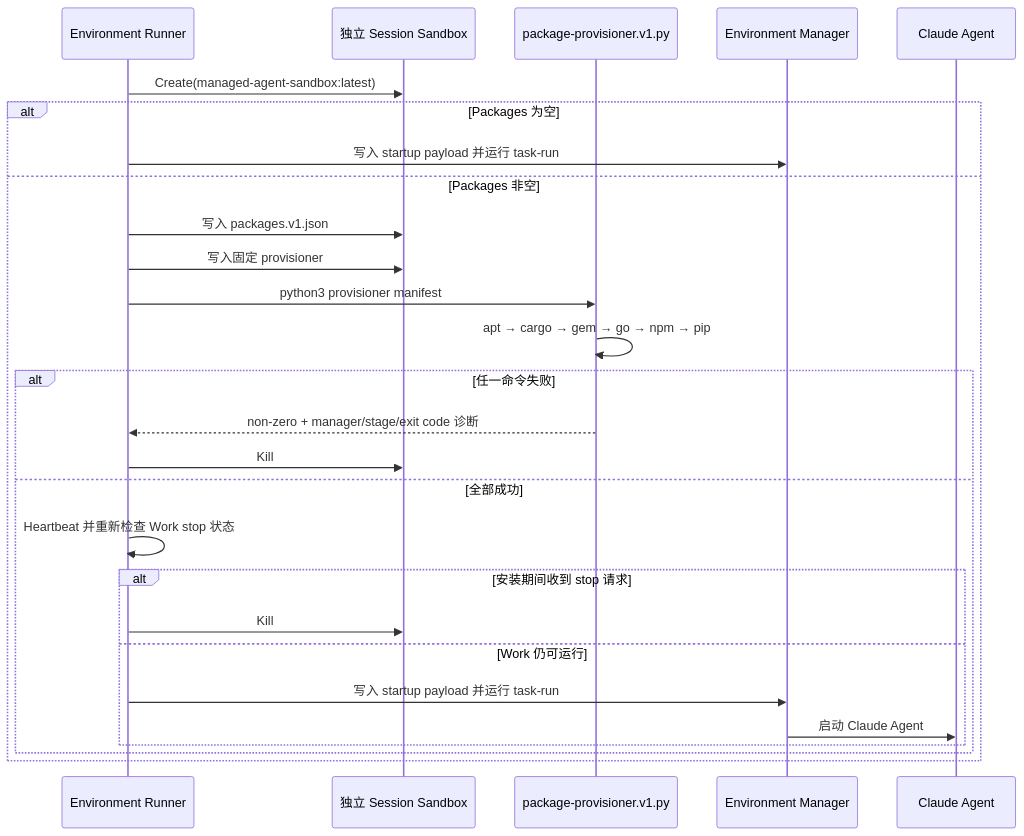
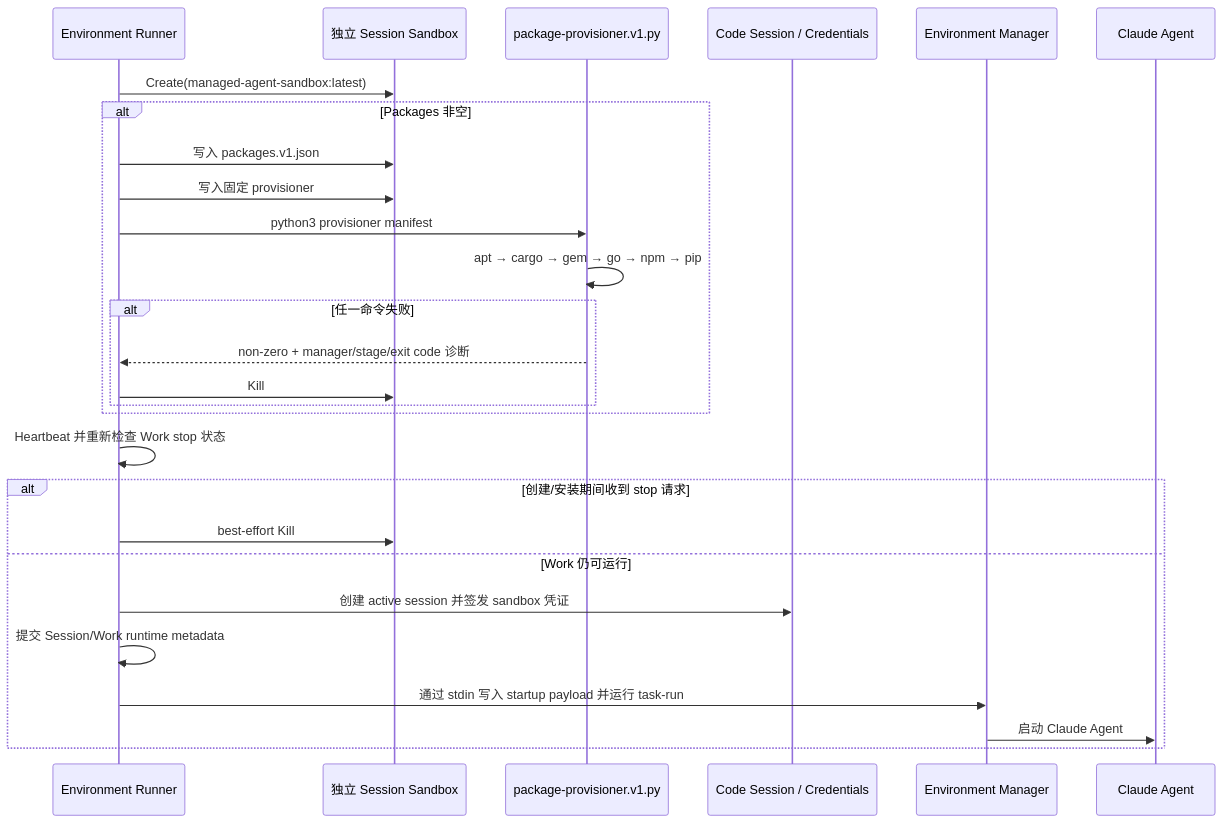
The diagram in docs/design/be/environment-package-provisioning.md (superduck-ai/open-managed-agents), drawn with Mermaid before and after one commit. The commit also changed other lines of this file and 8 other files, not shown here.

````diff
--- a/docs/design/be/environment-package-provisioning.md
+++ b/docs/design/be/environment-package-provisioning.md
@@ -17,30 +17,30 @@
 ```mermaid
 sequenceDiagram
     participant Runner as Environment Runner
     participant E2B as 独立 Session Sandbox
     participant Provisioner as package-provisioner.v1.py
+    participant CodeSession as Code Session / Credentials
     participant Manager as Environment Manager
     participant Agent as Claude Agent
 
     Runner->>E2B: Create(managed-agent-sandbox:latest)
-    alt Packages 为空
-        Runner->>Manager: 写入 startup payload 并运行 task-run
-    else Packages 非空
+    alt Packages 非空
         Runner->>E2B: 写入 packages.v1.json
         Runner->>E2B: 写入固定 provisioner
         Runner->>Provisioner: python3 provisioner manifest
         Provisioner->>Provisioner: apt → cargo → gem → go → npm → pip
         alt 任一命令失败
             Provisioner-->>Runner: non-zero + manager/stage/exit code 诊断
             Runner->>E2B: Kill
-        else 全部成功
-            Runner->>Runner: Heartbeat 并重新检查 Work stop 状态
-            alt 安装期间收到 stop 请求
-                Runner->>E2B: Kill
-            else Work 仍可运行
-                Runner->>Manager: 写入 startup payload 并运行 task-run
-                Manager->>Agent: 启动 Claude Agent
-            end
         end
     end
+    Runner->>Runner: Heartbeat 并重新检查 Work stop 状态
+    alt 创建/安装期间收到 stop 请求
+        Runner->>E2B: best-effort Kill
+    else Work 仍可运行
+        Runner->>CodeSession: 创建 active session 并签发 sandbox 凭证
+        Runner->>Runner: 提交 Session/Work runtime metadata
+        Runner->>Manager: 通过 stdin 写入 startup payload 并运行 task-run
+        Manager->>Agent: 启动 Claude Agent
+    end
 ```
````
